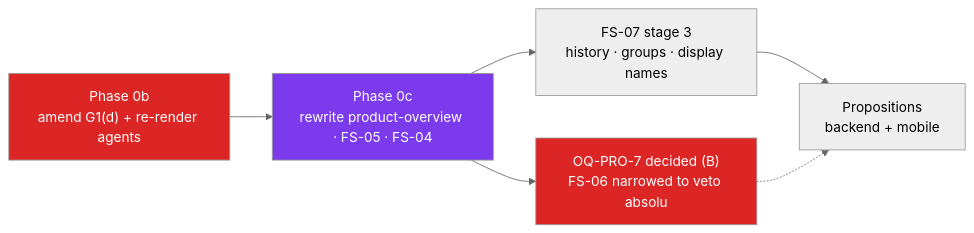
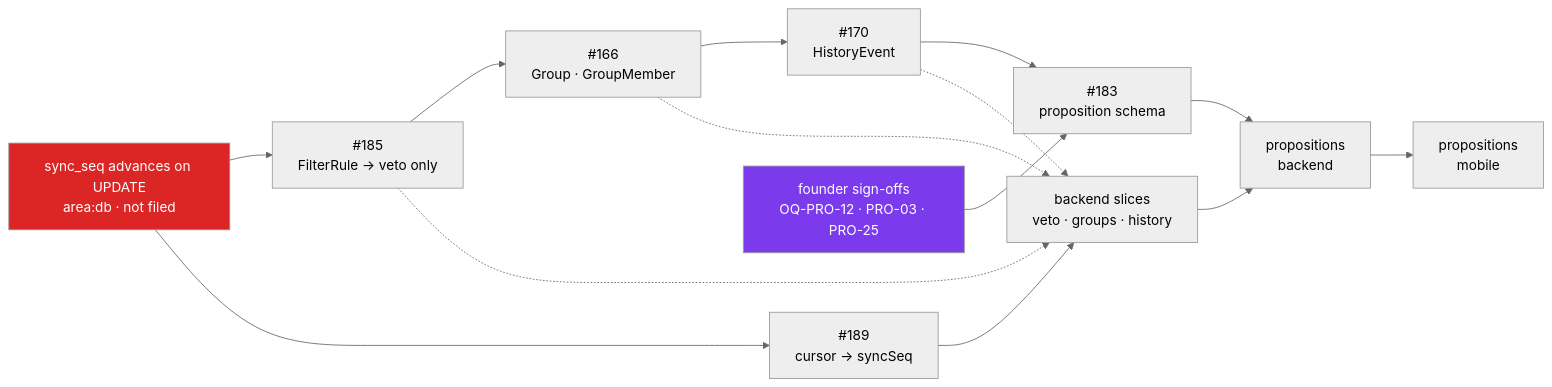
Before and after one commit to hamza-el-miqdam/swab: the diagram in docs/ROADMAP.md, drawn with Mermaid (neutral theme). The commit also changed other lines of this file and 2 other files, not shown here.

First line of the commit message:
docs(devops): ROADMAP Phase 3 — post-ADR-002 sequencing

````diff
--- a/docs/ROADMAP.md
+++ b/docs/ROADMAP.md
@@ -33,11 +31,18 @@
 ```mermaid
 graph LR
-  Z["Phase 0b<br/>amend G1(d) + re-render agents"] --> Y["Phase 0c<br/>rewrite product-overview · FS-05 · FS-04"]
-  Y --> A["FS-07 stage 3<br/>history · groups · display names"]
-  Y --> Q["OQ-PRO-7 decided (B)<br/>FS-06 narrowed to veto absolu"]
-  A --> P["Propositions<br/>backend + mobile"]
-  Q -.-> P
-  style Z fill:#dc2626,color:#fff
-  style Y fill:#7c3aed,color:#fff
-  style Q fill:#dc2626,color:#fff
+  T["sync_seq advances on UPDATE<br/>area:db · not filed"] --> F["#185<br/>FilterRule → veto only"]
+  F --> G["#166<br/>Group · GroupMember"]
+  G --> H["#170<br/>HistoryEvent"]
+  H --> S["#183<br/>proposition schema"]
+  T --> C["#189<br/>cursor → syncSeq"]
+  C --> R["backend slices<br/>veto · groups · history"]
+  F -.-> R
+  G -.-> R
+  H -.-> R
+  D["founder sign-offs<br/>OQ-PRO-12 · PRO-03 · PRO-25"] --> S
+  S --> P["propositions<br/>backend"]
+  R --> P
+  P --> M["propositions<br/>mobile"]
+  style T fill:#dc2626,color:#fff
+  style D fill:#7c3aed,color:#fff
 ```
````
